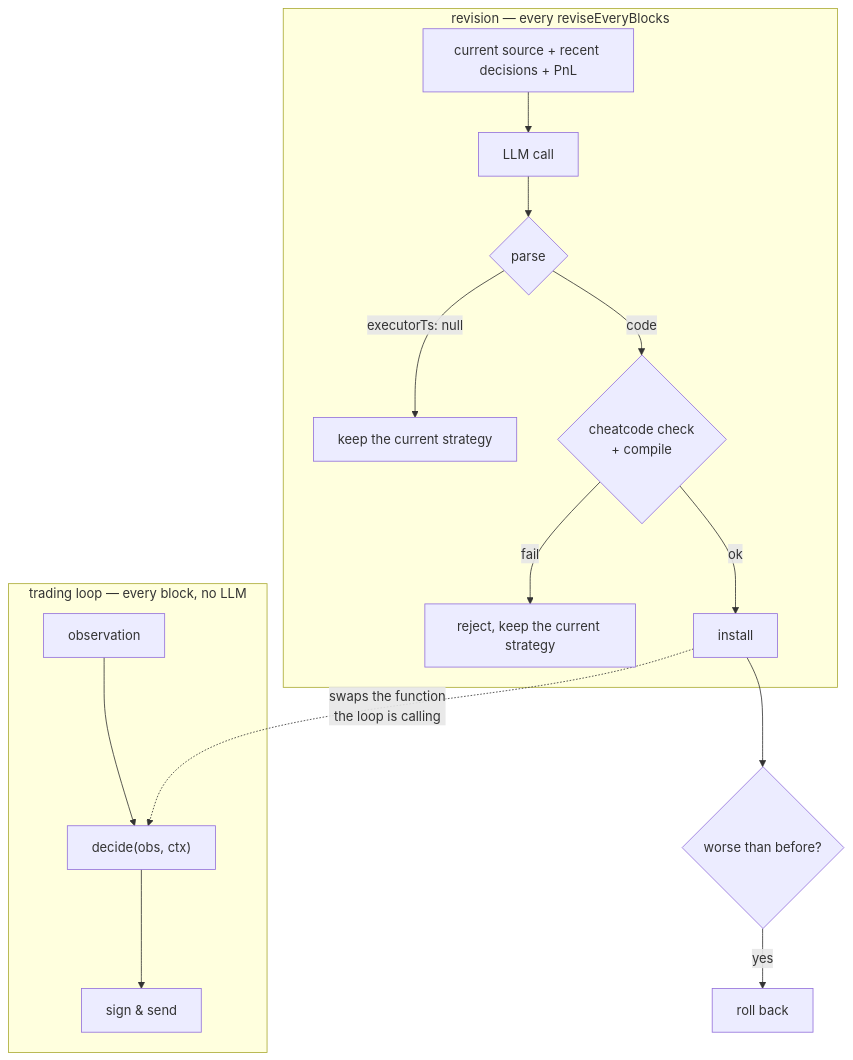
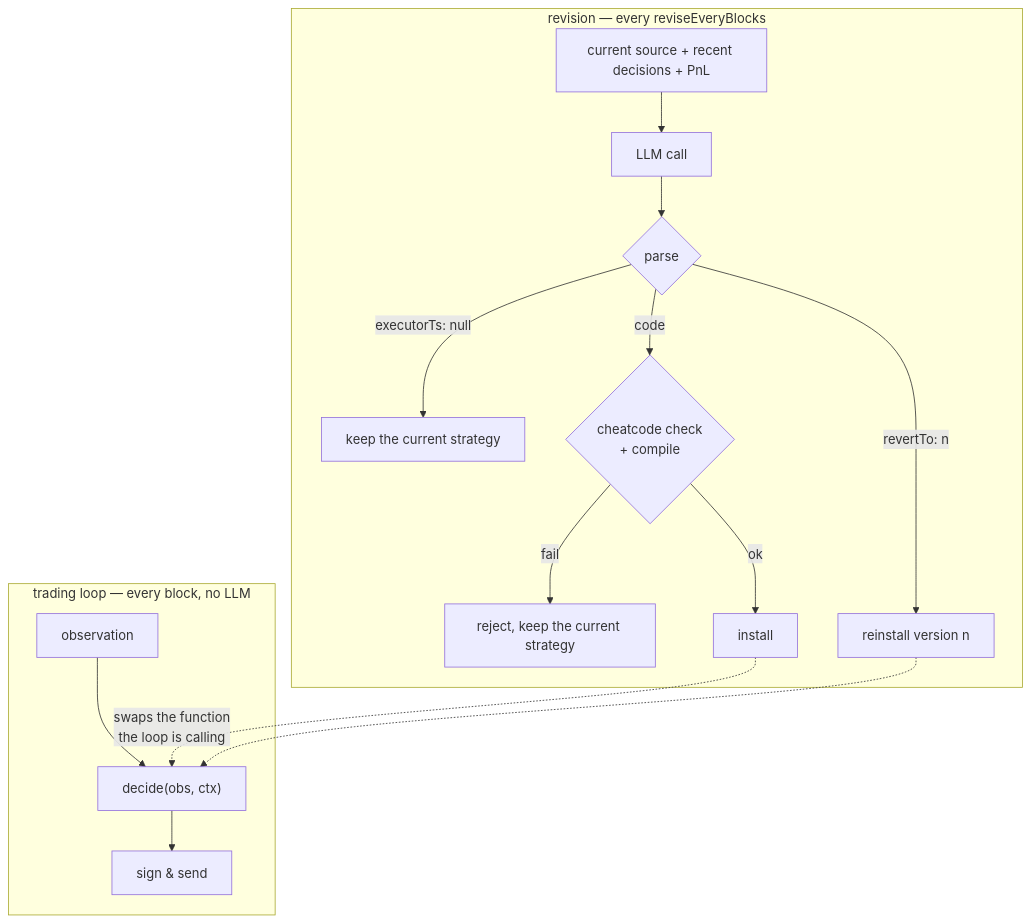
One commit to NyxFoundation/eris-agent-simulator changed the diagram in docs/guide/llm-agents.md. Above: the diagram before and after it, drawn with Mermaid. The commit also changed other lines of this file and 8 other files, not shown here.

````diff
--- a/docs/guide/llm-agents.md
+++ b/docs/guide/llm-agents.md
@@ -30,17 +30,17 @@
 ```mermaid
 flowchart TB
   subgraph loop["trading loop — every block, no LLM"]
     OBS["observation"] --> DEC["decide(obs, ctx)"] --> TX["sign & send"]
   end
   subgraph rev["revision — every reviseEveryBlocks"]
     CTX["current source + recent decisions + PnL"] --> CALL["LLM call"]
     CALL --> P{"parse"}
     P -->|"executorTs: null"| KEEP["keep the current strategy"]
     P -->|"code"| CHK{"cheatcode check<br/>+ compile"}
     CHK -->|"fail"| REJ["reject, keep the current strategy"]
     CHK -->|"ok"| INST["install"]
+    P -->|"revertTo: n"| BACK["reinstall version n"]
   end
   INST -.->|"swaps the function<br/>the loop is calling"| DEC
-  INST --> RB{"worse than before?"}
-  RB -->|"yes"| BACK["roll back"]
+  BACK -.-> DEC
 ```
````
